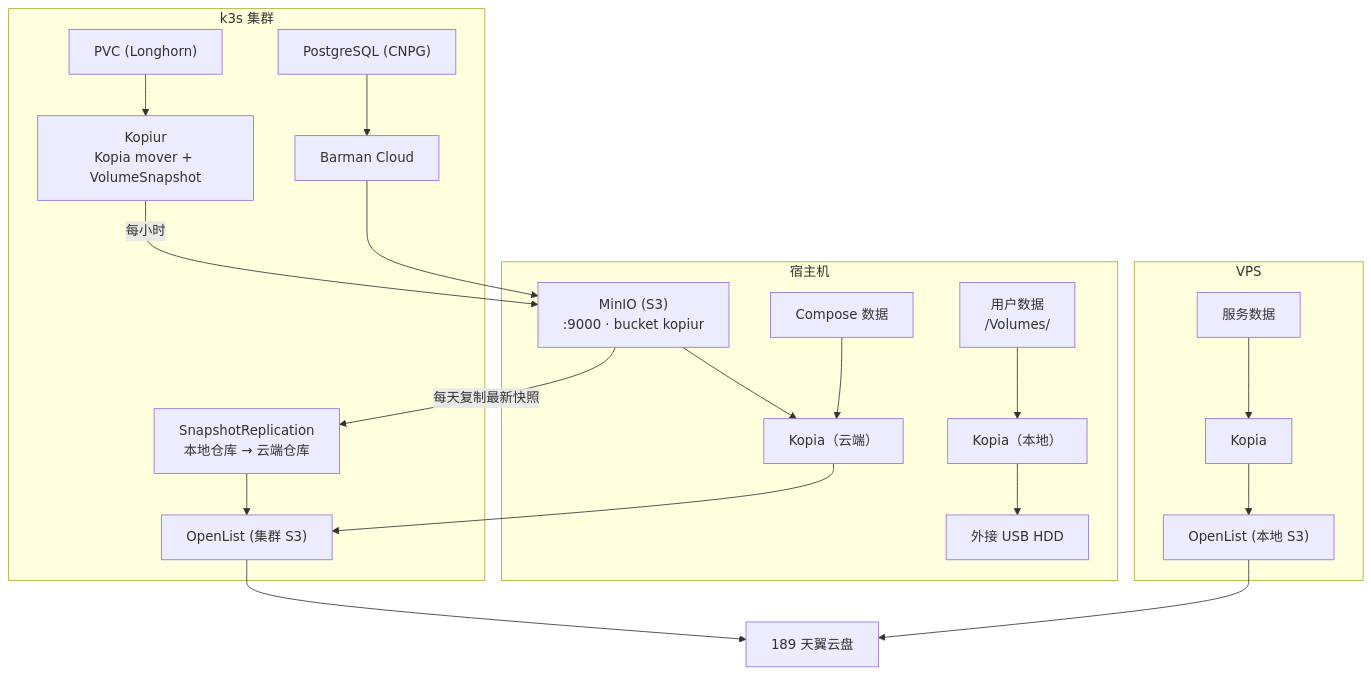
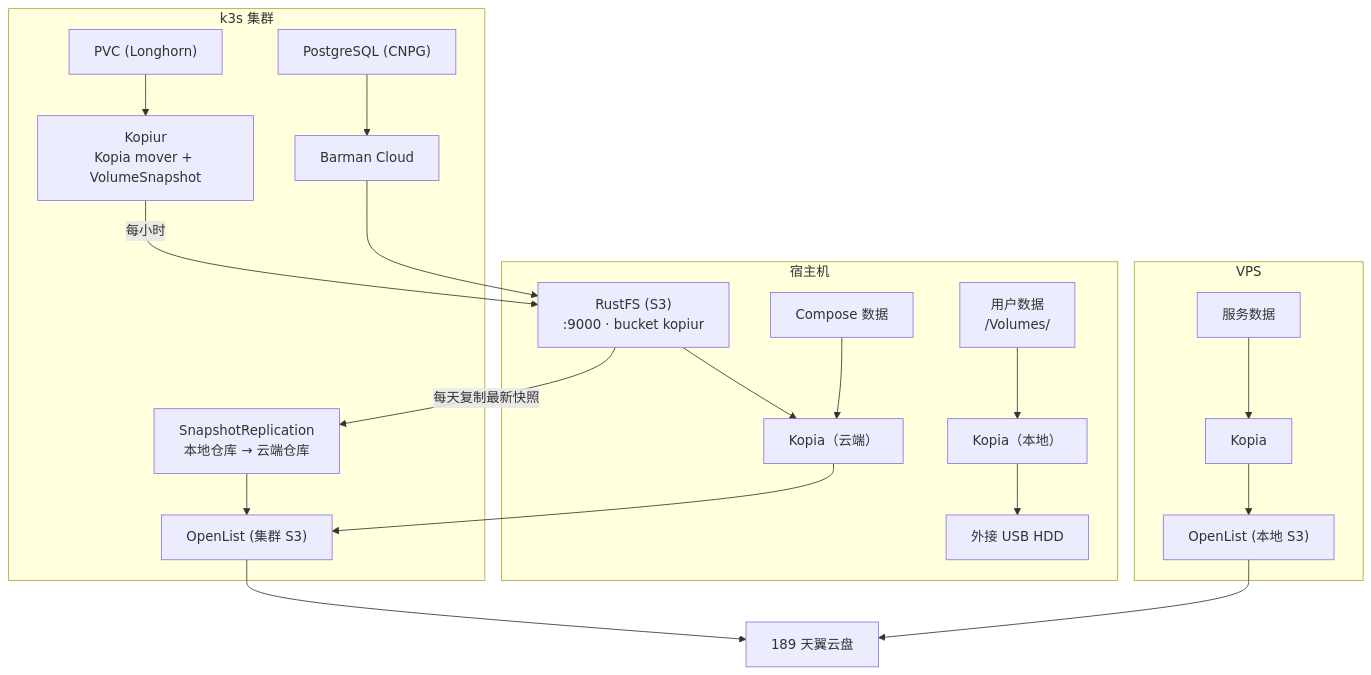
One commit to shelken/home-ops changed the seventh of 8 diagrams in docs/ARCHITECTURE.md. Above: the diagram before and after it, drawn with Mermaid. The commit also changed other lines of this file and 7 other files, not shown here.

````diff
--- a/docs/ARCHITECTURE.md
+++ b/docs/ARCHITECTURE.md
@@ -439,47 +439,47 @@
 ```mermaid
 graph TB
     subgraph K8S["k3s 集群"]
         PVC["PVC (Longhorn)"]
         PG["PostgreSQL (CNPG)"]
         Kopiur["Kopiur<br/>Kopia mover + VolumeSnapshot"]
         Replicate["SnapshotReplication<br/>本地仓库 → 云端仓库"]
         Barman["Barman Cloud"]
         Cluster_OpenList["OpenList (集群 S3)"]
     end
 
     subgraph SAKA_BACKUP["宿主机"]
-        MinIO["MinIO (S3)<br/>:9000 · bucket kopiur"]
+        RustFS["RustFS (S3)<br/>:9000 · bucket kopiur"]
         COMPOSE_Data["Compose 数据"]
         USER_Data["用户数据<br/>/Volumes/<USER_DATA>"]
         SAKA_Kopia["Kopia（云端）"]
         SAKA_Kopia_Local["Kopia（本地）"]
         USB_HDD["外接 USB HDD"]
     end
 
     subgraph VPS_BACKUP["VPS"]
         VPS_Data["服务数据"]
         VPS_Kopia["Kopia"]
         VPS_OpenList["OpenList (本地 S3)"]
     end
 
     Cloud["189 天翼云盘"]
 
     PVC --> Kopiur
     PG --> Barman
-    Kopiur -->|"每小时"| MinIO
-    MinIO -->|"每天复制最新快照"| Replicate
+    Kopiur -->|"每小时"| RustFS
+    RustFS -->|"每天复制最新快照"| Replicate
     Replicate --> Cluster_OpenList
-    Barman --> MinIO
+    Barman --> RustFS
 
-    MinIO --> SAKA_Kopia
+    RustFS --> SAKA_Kopia
     COMPOSE_Data --> SAKA_Kopia
     SAKA_Kopia --> Cluster_OpenList
     Cluster_OpenList --> Cloud
 
     USER_Data --> SAKA_Kopia_Local
     SAKA_Kopia_Local --> USB_HDD
 
     VPS_Data --> VPS_Kopia
     VPS_Kopia --> VPS_OpenList
     VPS_OpenList --> Cloud
 ```
````
